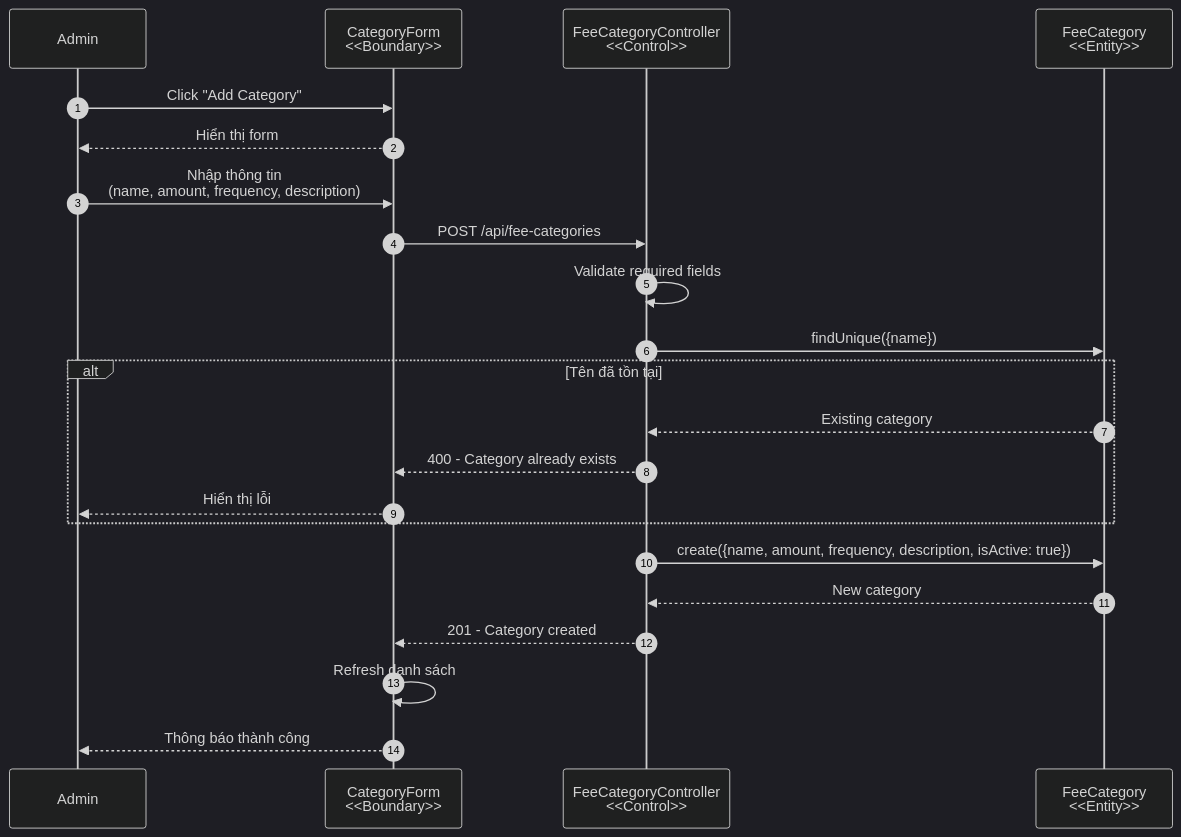
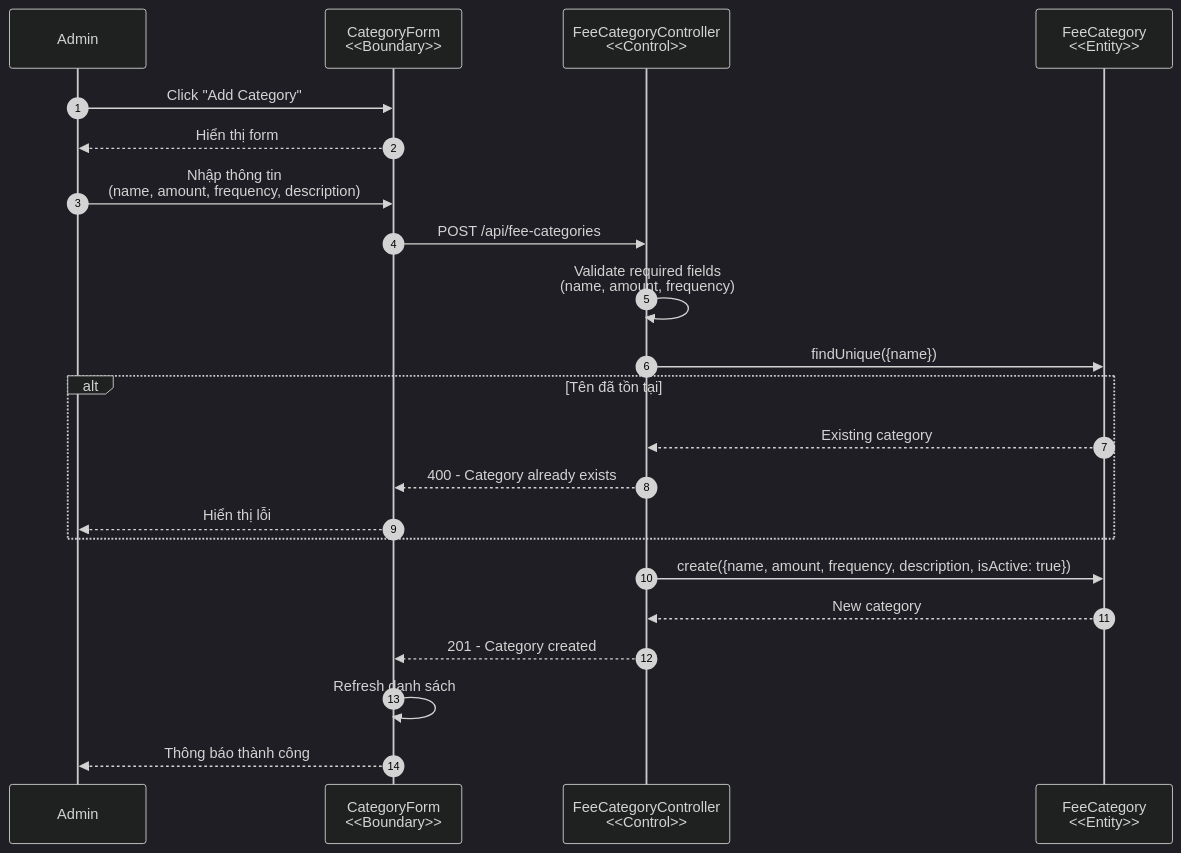
One commit to MinhNghia2010/Bluemoon changed the tenth of 25 diagrams in docs/sequence-diagrams.md. Above: the diagram before and after it, drawn with Mermaid. The commit also changed other lines of this file and 1 other file, not shown here.

````diff
--- a/docs/sequence-diagrams.md
+++ b/docs/sequence-diagrams.md
@@ -376,31 +391,31 @@
 ```mermaid
 %%{init: {'theme': 'dark'}}%%
 sequenceDiagram
     autonumber
     participant Admin as Admin
     participant View as CategoryForm<br/><<Boundary>>
     participant Controller as FeeCategoryController<br/><<Control>>
     participant Model as FeeCategory<br/><<Entity>>
     
     Admin->>View: Click "Add Category"
     View-->>Admin: Hiển thị form
     
     Admin->>View: Nhập thông tin<br/>(name, amount, frequency, description)
     View->>Controller: POST /api/fee-categories
     
-    Controller->>Controller: Validate required fields
+    Controller->>Controller: Validate required fields<br/>(name, amount, frequency)
     
     Controller->>Model: findUnique({name})
     alt Tên đã tồn tại
         Model-->>Controller: Existing category
         Controller-->>View: 400 - Category already exists
         View-->>Admin: Hiển thị lỗi
     end
     
     Controller->>Model: create({name, amount, frequency, description, isActive: true})
     Model-->>Controller: New category
     
     Controller-->>View: 201 - Category created
     View->>View: Refresh danh sách
     View-->>Admin: Thông báo thành công
 ```
````
